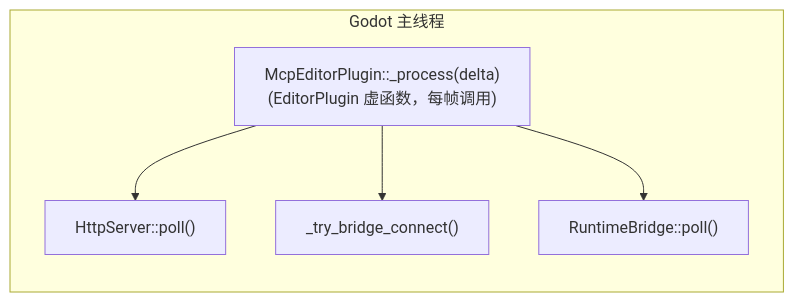
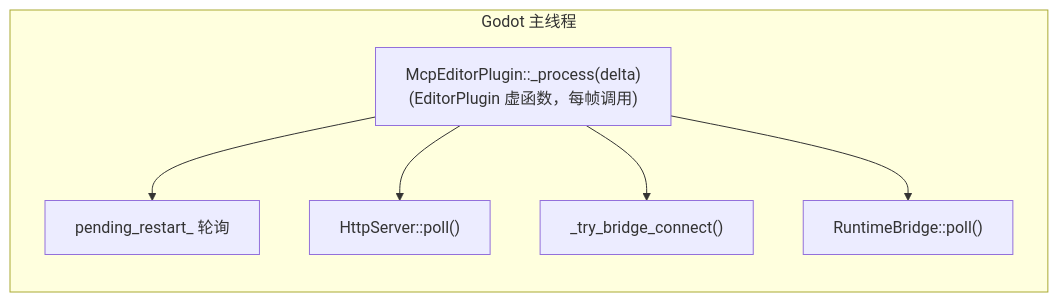
One commit to jesspig/GodotMCP-GDExtension changed the diagram in .repo_wiki/overview/threading-model.md. Above: the diagram before and after it, drawn with Mermaid. The commit also changed other lines of this file and 36 other files, not shown here.

````diff
--- a/.repo_wiki/overview/threading-model.md
+++ b/.repo_wiki/overview/threading-model.md
@@ -7,14 +7,16 @@
 ```mermaid
 flowchart LR
     subgraph MAIN["Godot 主线程"]
         direction TB
         A["McpEditorPlugin::_process(delta)<br/>(EditorPlugin 虚函数，每帧调用)"]
+        R["pending_restart_ 轮询"]
         C["HttpServer::poll()"]
         B["_try_bridge_connect()"]
         D["RuntimeBridge::poll()"]
     end
-    
+
+    A --> R
     A --> C
     A --> B
     A --> D
 ```
````
